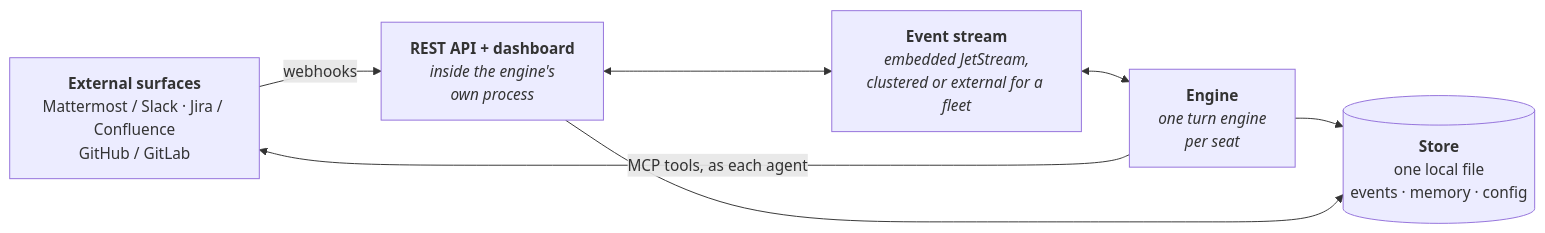
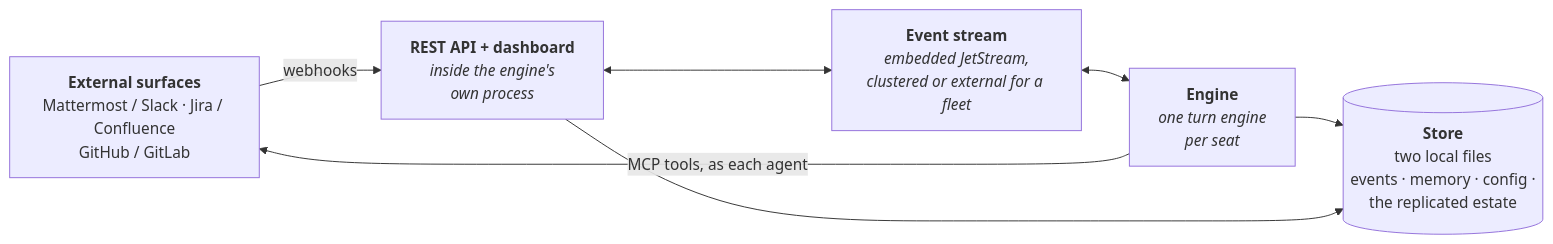
Before and after one commit to crewlet/crewlet: the second of 2 diagrams in README.md, drawn with Mermaid. The commit also changed 2 other files, not shown here.

Commit message:
docs(docs): call the store two local files, as it is
The store is TWO local files. The README's architecture diagram,
architecture.md's node diagram and installation.md's "the engine needs
none" list called it "one local file". Since the replicated estate moved
into a file of its own, one Open brings up two -- the node's own estate
and the replicated estate beside it (store.replicated_path) -- and a
reader sizing a volume or a backup from "one file" counts half of what
is on disk. Each now says two, and installation.md names the second.

````diff
--- a/README.md
+++ b/README.md
@@ -240,15 +240,15 @@
 ```mermaid
 flowchart LR
     EXT["<b>External surfaces</b><br/>Mattermost / Slack · Jira / Confluence<br/>GitHub / GitLab"]
     API["<b>REST API + dashboard</b><br/><i>inside the engine's<br/>own process</i>"]
     Q["<b>Event stream</b><br/><i>embedded JetStream,<br/>clustered or external for a fleet</i>"]
     ENG["<b>Engine</b><br/><i>one turn engine<br/>per seat</i>"]
-    DB[("<b>Store</b><br/>one local file<br/>events · memory · config")]
+    DB[("<b>Store</b><br/>two local files<br/>events · memory · config ·<br/>the replicated estate")]
 
     EXT -->|webhooks| API
     API <--> Q
     Q <--> ENG
     ENG -->|"MCP tools, as each agent"| EXT
     ENG --> DB
     API --> DB
 ```
````
